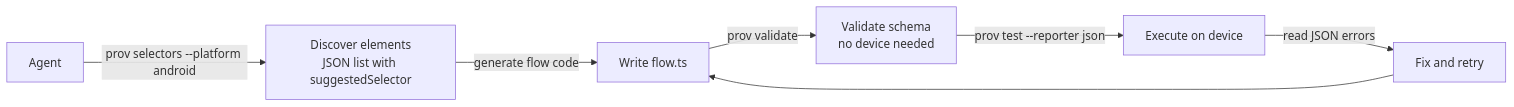
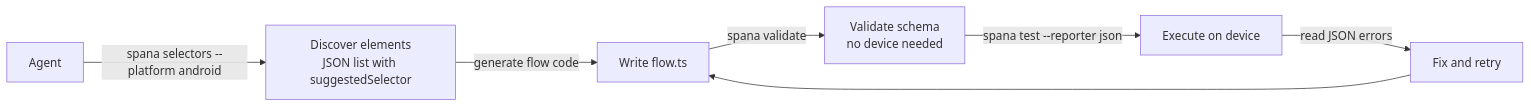
Before and after one commit to wezter96/prov: the fifth of 6 diagrams in apps/docs/src/content/docs/architecture/overview.md, drawn with Mermaid. The commit also changed other lines of this file and 147 other files, not shown here.

First line of the commit message:
rename project from prov to spana

````diff
--- a/apps/docs/src/content/docs/architecture/overview.md
+++ b/apps/docs/src/content/docs/architecture/overview.md
@@ -147,9 +147,9 @@
 ```mermaid
 graph LR
-    A[Agent] -->|prov selectors --platform android| B[Discover elements\nJSON list with suggestedSelector]
+    A[Agent] -->|spana selectors --platform android| B[Discover elements\nJSON list with suggestedSelector]
     B -->|generate flow code| C[Write flow.ts]
-    C -->|prov validate| D[Validate schema\nno device needed]
-    D -->|prov test --reporter json| E[Execute on device]
+    C -->|spana validate| D[Validate schema\nno device needed]
+    D -->|spana test --reporter json| E[Execute on device]
     E -->|read JSON errors| F[Fix and retry]
     F --> C
 ```
````
